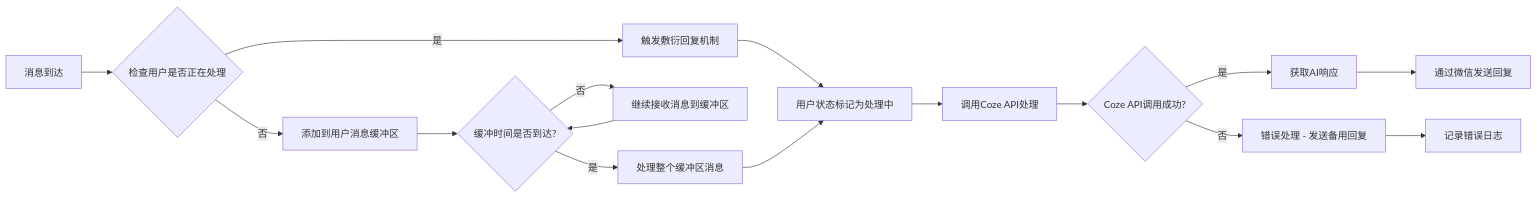
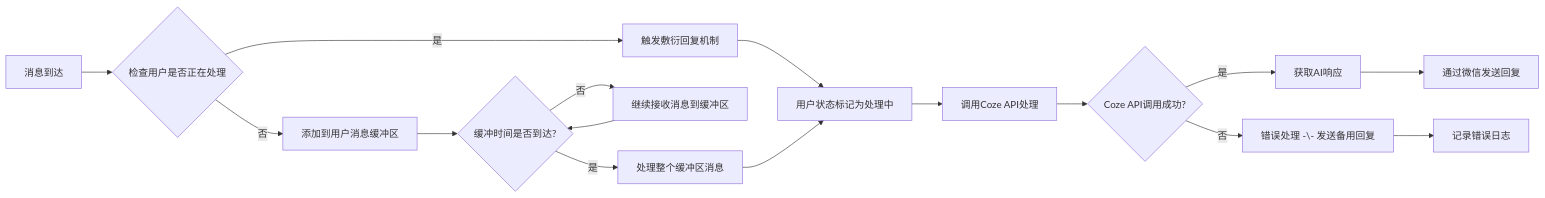
One commit to jiulingyun/wechat-bot changed the second of 4 diagrams in docs/message_flow.md. Above: the diagram before and after it, drawn with Mermaid. The commit also changed other lines of this file, not shown here.

Commit message:
fix: repair mermaid syntax errors in message_flow.md

````diff
--- a/docs/message_flow.md
+++ b/docs/message_flow.md
@@ -39,18 +39,18 @@
 ```mermaid
 graph LR
     A[消息到达] --> B{检查用户是否正在处理}
     B -->|是| C[触发敷衍回复机制]
     B -->|否| D[添加到用户消息缓冲区]
     D --> E{缓冲时间是否到达?}
     E -->|否| F[继续接收消息到缓冲区]
     E -->|是| G[处理整个缓冲区消息]
     C --> H[用户状态标记为处理中]
     F --> E
     G --> H
     H --> I[调用Coze API处理]
     I --> J{Coze API调用成功?}
     J -->|是| K[获取AI响应]
-    J -->|否| L[错误处理 - 发送备用回复]
+    J -->|否| L[错误处理 -\- 发送备用回复]
     K --> M[通过微信发送回复]
     L --> N[记录错误日志]
 ```
````
